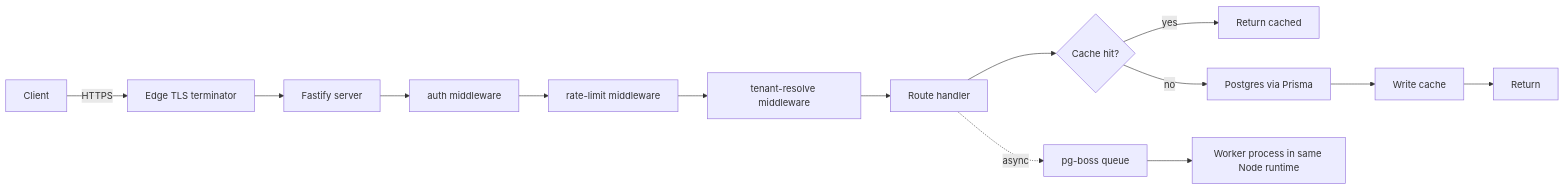
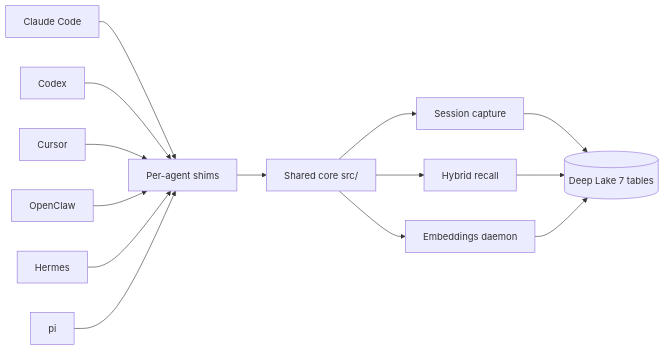
One commit to legioncodeinc/hivemind changed the diagram in .cursor/skills/library-stinger/examples/kb-architecture-example.md. Above: the diagram before and after it, drawn with Mermaid. The commit also changed other lines of this file and 1554 other files, not shown here.

````diff
--- a/.cursor/skills/library-stinger/examples/kb-architecture-example.md
+++ b/.cursor/skills/library-stinger/examples/kb-architecture-example.md
@@ -20,16 +22,16 @@
 ```mermaid
 flowchart LR
-    Client[Client] -->|HTTPS| Edge[Edge TLS terminator]
-    Edge --> App[Fastify server]
-    App --> Auth[auth middleware]
-    Auth --> RateLimit[rate-limit middleware]
-    RateLimit --> Tenant[tenant-resolve middleware]
-    Tenant --> Route[Route handler]
-    Route --> Cache{Cache hit?}
-    Cache -->|yes| Return1[Return cached]
-    Cache -->|no| DB[Postgres via Prisma]
-    DB --> CacheWrite[Write cache]
-    CacheWrite --> Return2[Return]
-    Route -.->|async| Queue[pg-boss queue]
-    Queue --> Worker[Worker process in same Node runtime]
+    claudeCode[Claude Code] --> shims[Per-agent shims]
+    codex[Codex] --> shims
+    cursor[Cursor] --> shims
+    openclaw[OpenClaw] --> shims
+    hermes[Hermes] --> shims
+    pi[pi] --> shims
+    shims --> core[Shared core src/]
+    core --> capture[Session capture]
+    core --> recall[Hybrid recall]
+    capture --> deeplake[(Deep Lake 7 tables)]
+    recall --> deeplake
+    core --> embed[Embeddings daemon]
+    embed --> deeplake
 ```
````
